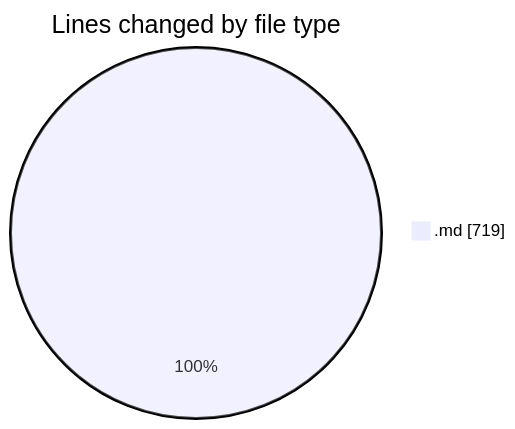
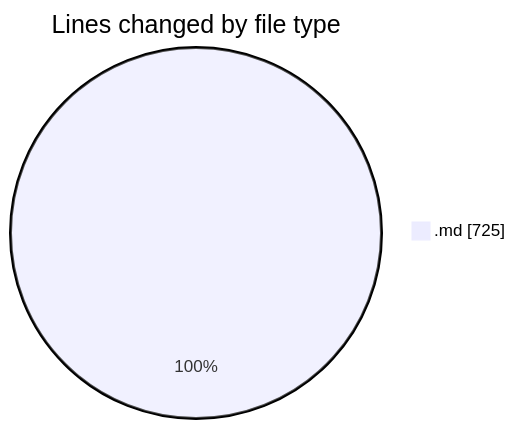
The first of 2 diagrams in 2025-07-14/urlwebwala_intership_work/README.md (Ritupan-Deka/code-tracking), drawn with Mermaid before and after one commit. The commit also changed other lines of this file and 1 other file, not shown here.

````diff
--- a/2025-07-14/urlwebwala_intership_work/README.md
+++ b/2025-07-14/urlwebwala_intership_work/README.md
@@ -20,5 +20,5 @@
 ```mermaid
 pie showData
 title Lines changed by file type
-".md" : 719
+".md" : 725
 ```
````
